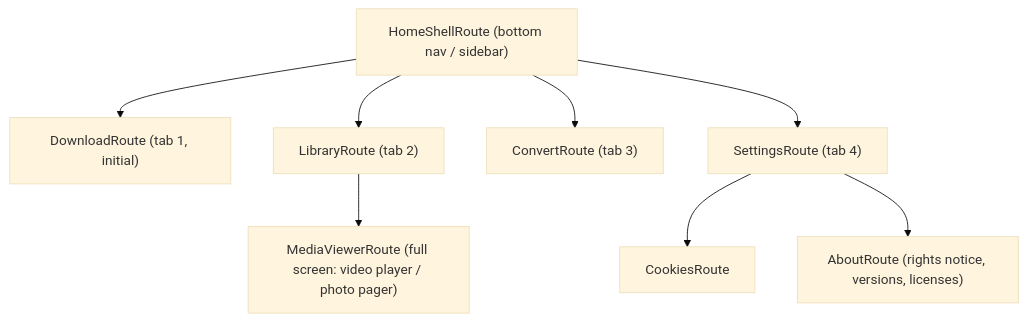
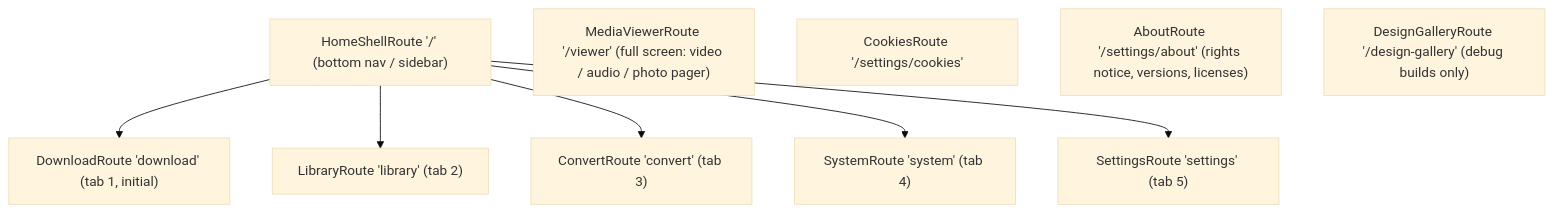
The diagram in docs/core/routing.md (gaurishankar007/Flutter-Media-Downloader), drawn with Mermaid (base theme) before and after one commit. The commit also changed other lines of this file and 53 other files, not shown here.

````diff
--- a/docs/core/routing.md
+++ b/docs/core/routing.md
@@ -9,11 +9,13 @@
 ```mermaid
 flowchart TD
-    Root["HomeShellRoute (bottom nav / sidebar)"]
-    Root --> D["DownloadRoute (tab 1, initial)"]
-    Root --> L["LibraryRoute (tab 2)"]
-    Root --> C["ConvertRoute (tab 3)"]
-    Root --> S["SettingsRoute (tab 4)"]
-    L --> V["MediaViewerRoute (full screen: video player / photo pager)"]
-    S --> K["CookiesRoute"]
-    S --> A["AboutRoute (rights notice, versions, licenses)"]
+    Root["HomeShellRoute '/' (bottom nav / sidebar)"]
+    Root --> D["DownloadRoute 'download' (tab 1, initial)"]
+    Root --> L["LibraryRoute 'library' (tab 2)"]
+    Root --> C["ConvertRoute 'convert' (tab 3)"]
+    Root --> Y["SystemRoute 'system' (tab 4)"]
+    Root --> S["SettingsRoute 'settings' (tab 5)"]
+    V["MediaViewerRoute '/viewer' (full screen: video / audio / photo pager)"]
+    K["CookiesRoute '/settings/cookies'"]
+    A["AboutRoute '/settings/about' (rights notice, versions, licenses)"]
+    G["DesignGalleryRoute '/design-gallery' (debug builds only)"]
 ```
````
